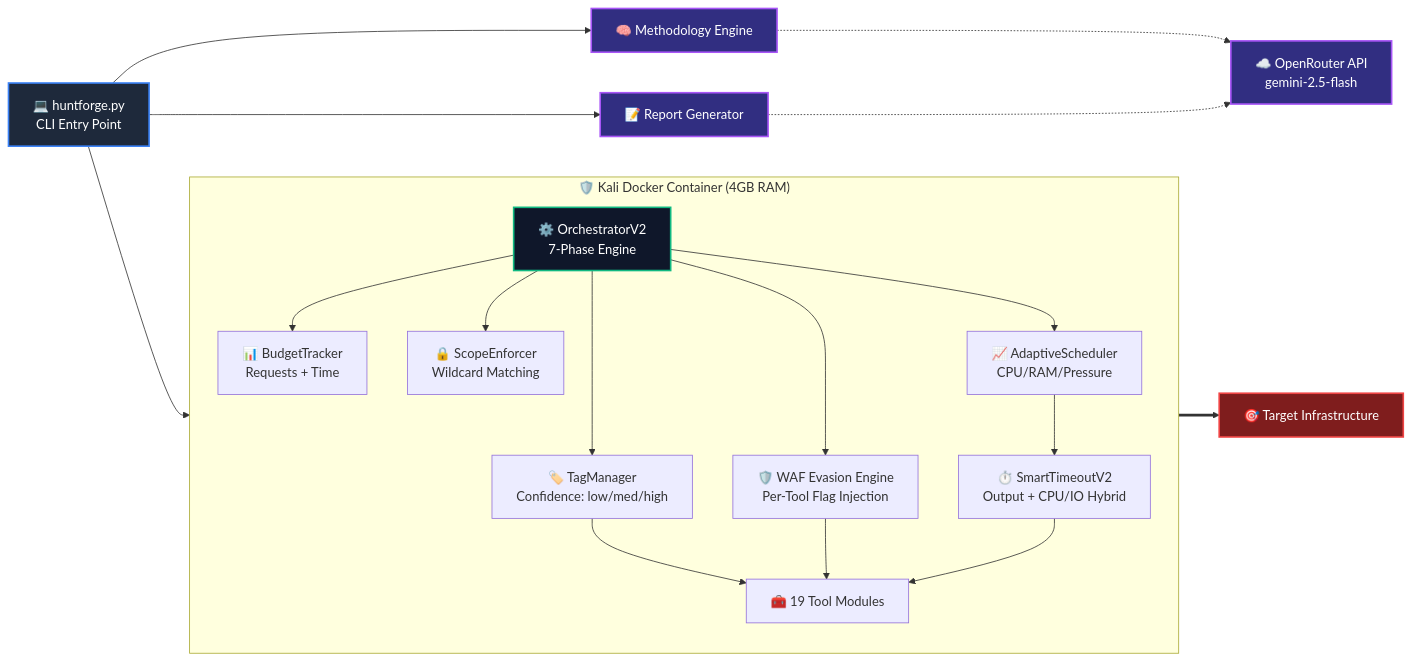
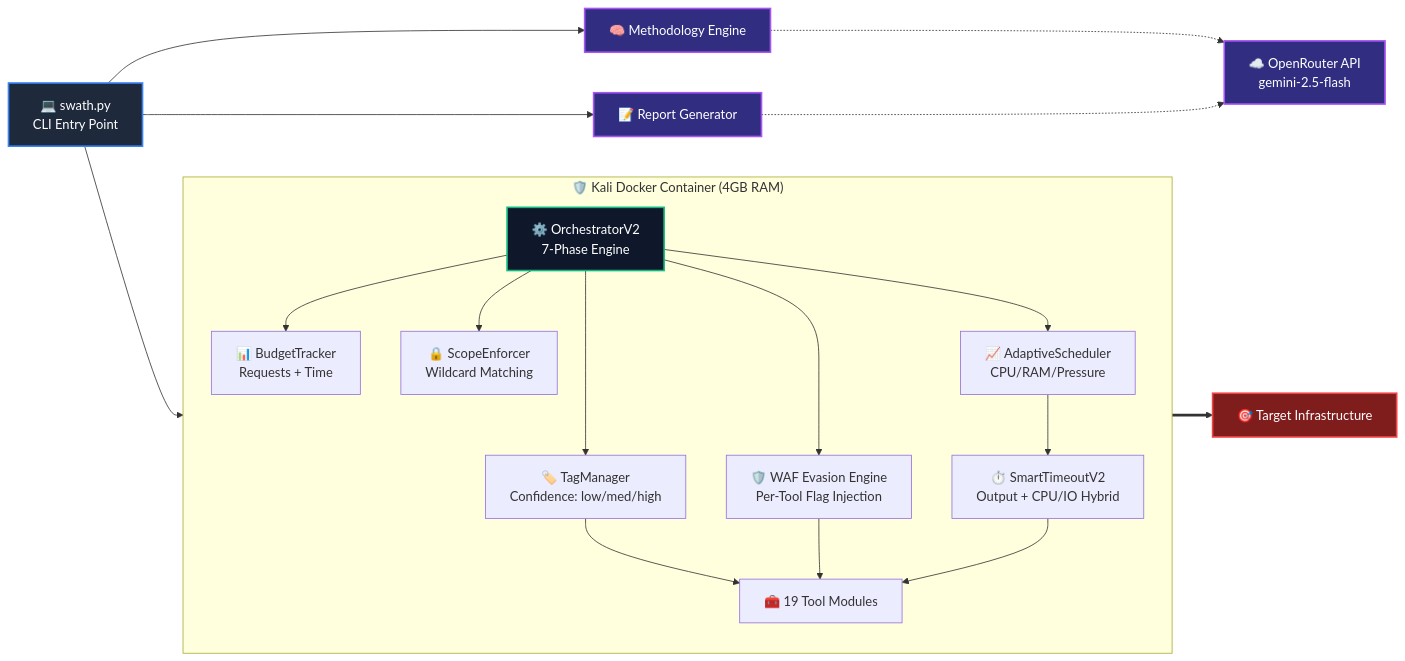
One commit to Nimesh-Nakum/huntforge changed the first of 4 diagrams in README.md. Above: the diagram before and after it, drawn with Mermaid. The commit also changed other lines of this file and 35 other files, not shown here.

````diff
--- a/README.md
+++ b/README.md
@@ -68,28 +68,28 @@
 ```mermaid
 flowchart LR
     classDef cli fill:#1e293b,stroke:#3b82f6,stroke-width:2px,color:#fff
     classDef ai fill:#312e81,stroke:#a855f7,stroke-width:2px,color:#fff
     classDef core fill:#0f172a,stroke:#10b981,stroke-width:2px,color:#fff
     classDef target fill:#7f1d1d,stroke:#ef4444,stroke-width:2px,color:#fff
 
-    CLI["💻 huntforge.py<br/>CLI Entry Point"]:::cli --> ORCH["⚙️ OrchestratorV2<br/>7-Phase Engine"]:::core
+    CLI["💻 swath.py<br/>CLI Entry Point"]:::cli --> ORCH["⚙️ OrchestratorV2<br/>7-Phase Engine"]:::core
     CLI --> AI["🧠 Methodology Engine"]:::ai
     CLI --> RPT["📝 Report Generator"]:::ai
     AI -.-> API["☁️ OpenRouter API<br/>gemini-2.5-flash"]:::ai
     RPT -.-> API
 
     subgraph CONTAINER ["🛡️ Kali Docker Container (4GB RAM)"]
         direction TB
         ORCH --> TM["🏷️ TagManager<br/>Confidence: low/med/high"]
         ORCH --> BT["📊 BudgetTracker<br/>Requests + Time"]
         ORCH --> SE["🔒 ScopeEnforcer<br/>Wildcard Matching"]
         ORCH --> SCH["📈 AdaptiveScheduler<br/>CPU/RAM/Pressure"]
         ORCH --> WAF["🛡️ WAF Evasion Engine<br/>Per-Tool Flag Injection"]
         TM --> MOD["🧰 19 Tool Modules"]
         WAF --> MOD
         SCH --> STO["⏱️ SmartTimeoutV2<br/>Output + CPU/IO Hybrid"]
         STO --> MOD
     end
 
     MOD ==> TGT["🎯 Target Infrastructure"]:::target
 ```
````
